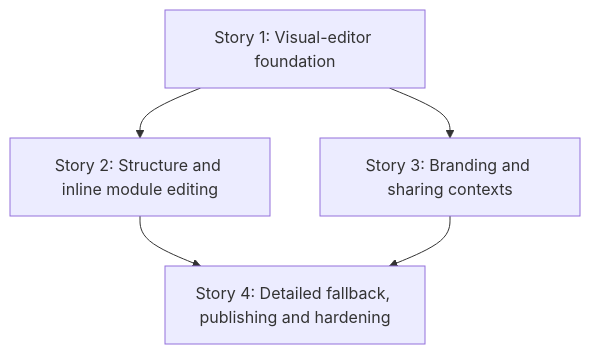
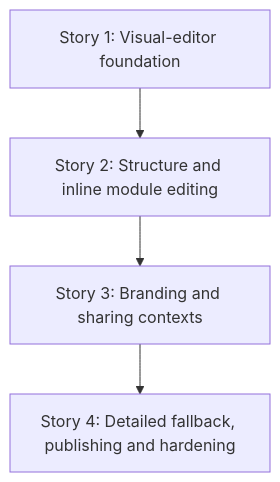
One commit to lmmoreira/ikaro changed the diagram in td/TD55-HOTSITE-VISUAL-EDITOR-UX.md. Above: the diagram before and after it, drawn with Mermaid. The commit also changed other lines of this file, not shown here.

````diff
--- a/td/TD55-HOTSITE-VISUAL-EDITOR-UX.md
+++ b/td/TD55-HOTSITE-VISUAL-EDITOR-UX.md
@@ -39,7 +39,6 @@
 ```mermaid
 graph TD
   S1["Story 1: Visual-editor foundation"] --> S2["Story 2: Structure and inline module editing"]
-  S1 --> S3["Story 3: Branding and sharing contexts"]
-  S2 --> S4["Story 4: Detailed fallback, publishing and hardening"]
-  S3 --> S4
+  S2 --> S3["Story 3: Branding and sharing contexts"]
+  S3 --> S4["Story 4: Detailed fallback, publishing and hardening"]
 ```
````
